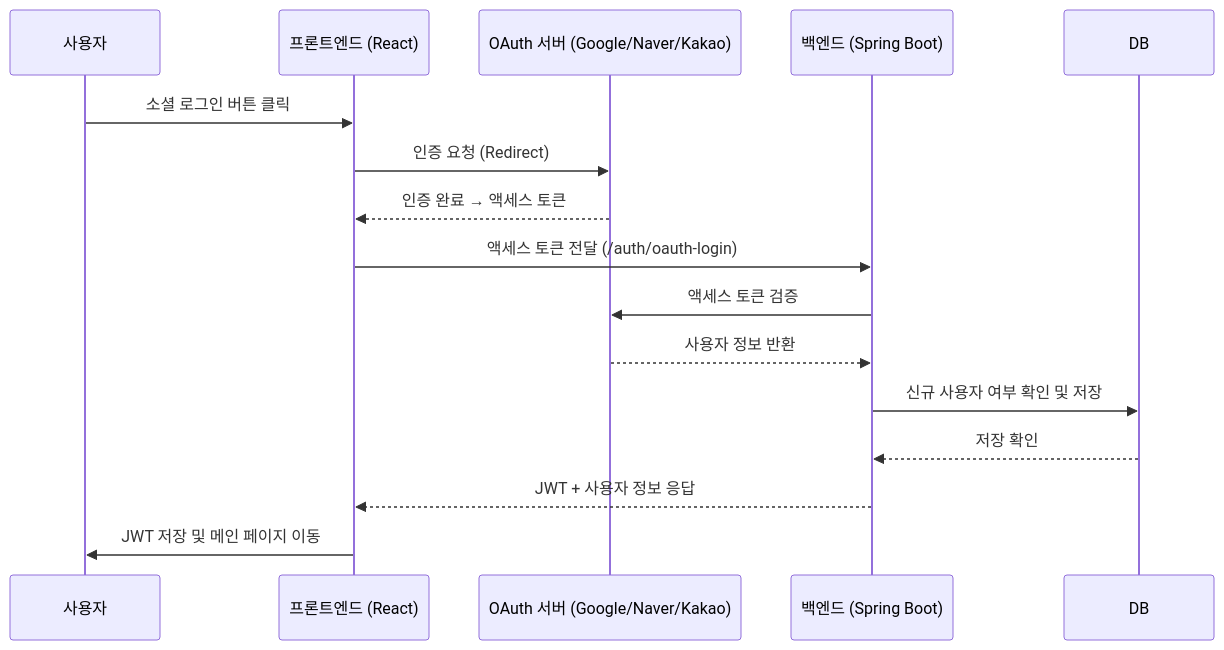
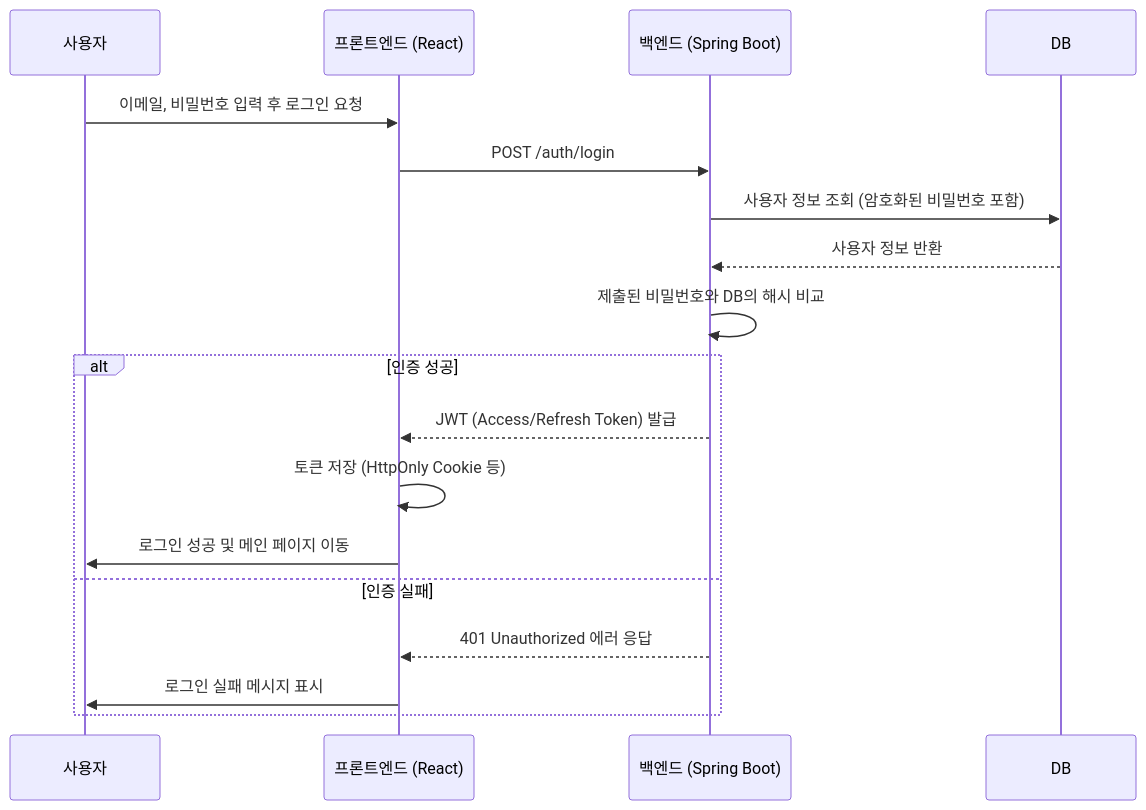
One commit to joje3029/StudyTrack changed the fourth of 5 diagrams in studytrack-wiki/design/studytrack_architecture_dfd_sequence.md. Above: the diagram before and after it, drawn with Mermaid. The commit also changed other lines of this file and 3 other files, not shown here.

````diff
--- a/studytrack-wiki/design/studytrack_architecture_dfd_sequence.md
+++ b/studytrack-wiki/design/studytrack_architecture_dfd_sequence.md
@@ -118,19 +103,21 @@
 ```mermaid
 sequenceDiagram
     participant User as 사용자
     participant FE as 프론트엔드 (React)
-    participant OAuth as OAuth 서버 (Google/Naver/Kakao)
     participant BE as 백엔드 (Spring Boot)
     participant DB as DB
 
-    User->>FE: 소셜 로그인 버튼 클릭
-    FE->>OAuth: 인증 요청 (Redirect)
-    OAuth-->>FE: 인증 완료 → 액세스 토큰
-    FE->>BE: 액세스 토큰 전달 (/auth/oauth-login)
-    BE->>OAuth: 액세스 토큰 검증
-    OAuth-->>BE: 사용자 정보 반환
-    BE->>DB: 신규 사용자 여부 확인 및 저장
-    DB-->>BE: 저장 확인
-    BE-->>FE: JWT + 사용자 정보 응답
-    FE->>User: JWT 저장 및 메인 페이지 이동
+    User->>FE: 이메일, 비밀번호 입력 후 로그인 요청
+    FE->>BE: POST /auth/login
+    BE->>DB: 사용자 정보 조회 (암호화된 비밀번호 포함)
+    DB-->>BE: 사용자 정보 반환
+    BE->>BE: 제출된 비밀번호와 DB의 해시 비교
+    alt 인증 성공
+        BE-->>FE: JWT (Access/Refresh Token) 발급
+        FE->>FE: 토큰 저장 (HttpOnly Cookie 등)
+        FE->>User: 로그인 성공 및 메인 페이지 이동
+    else 인증 실패
+        BE-->>FE: 401 Unauthorized 에러 응답
+        FE->>User: 로그인 실패 메시지 표시
+    end
 ```
````
